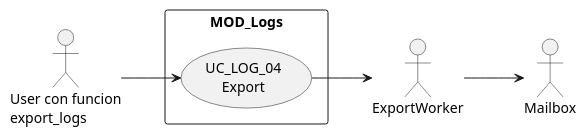
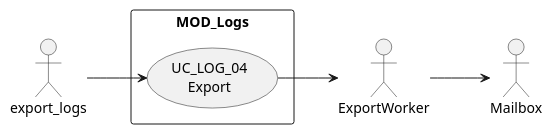
Before and after one commit to jcg-admin/IACT-docs: the diagram in source/requisitos/casos-uso/logs/uc-log-04/diagramas-uml.rst, drawn with PlantUML. The commit also changed 77 other files, not shown here.

First line of the commit message:
Enforce RBAC function names as actors in all UML diagrams

```diff
--- a/source/requisitos/casos-uso/logs/uc-log-04/diagramas-uml.rst
+++ b/source/requisitos/casos-uso/logs/uc-log-04/diagramas-uml.rst
@@ -10,14 +10,14 @@
 .. uml::
 
  @startuml
  left to right direction
- actor "User con funcion\nexport_logs" as USR
+ actor "export_logs" as USR
  actor "ExportWorker" as W
  actor "Mailbox" as MB
  rectangle "MOD_Logs" {
    usecase "UC_LOG_04\nExport" as UC04
  }
  USR --> UC04
  UC04 --> W
  W --> MB
  @enduml
```
